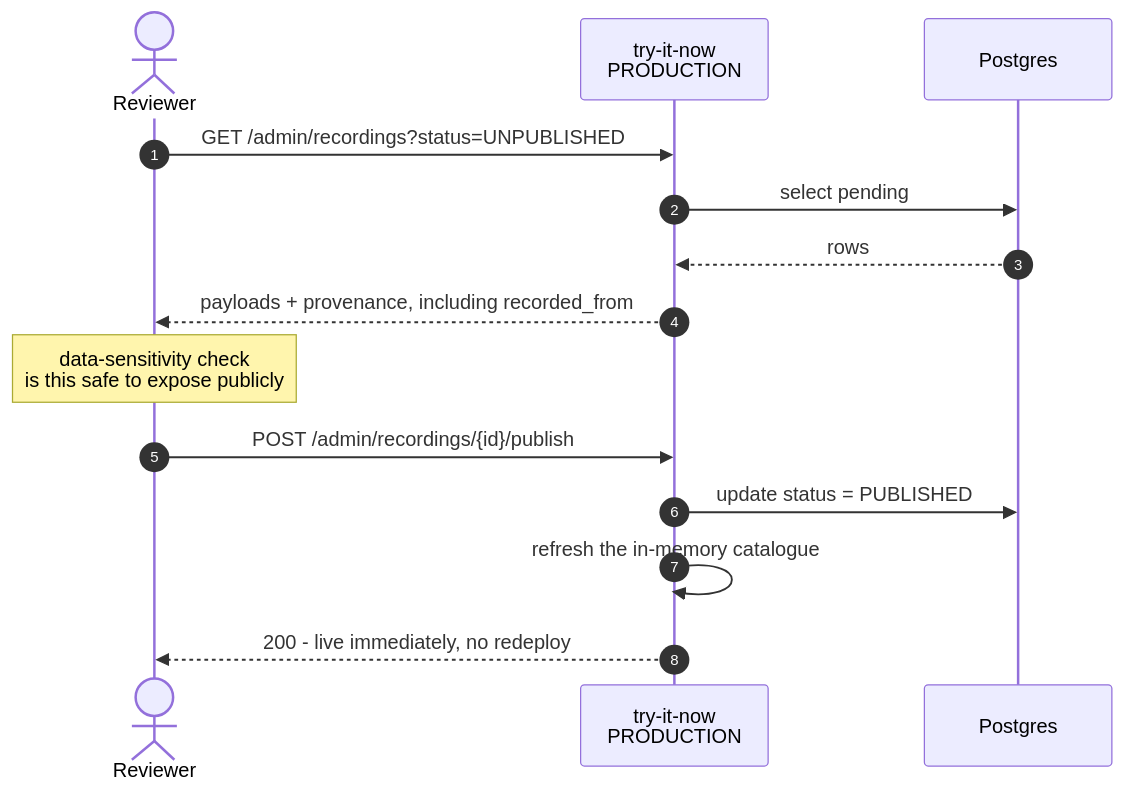
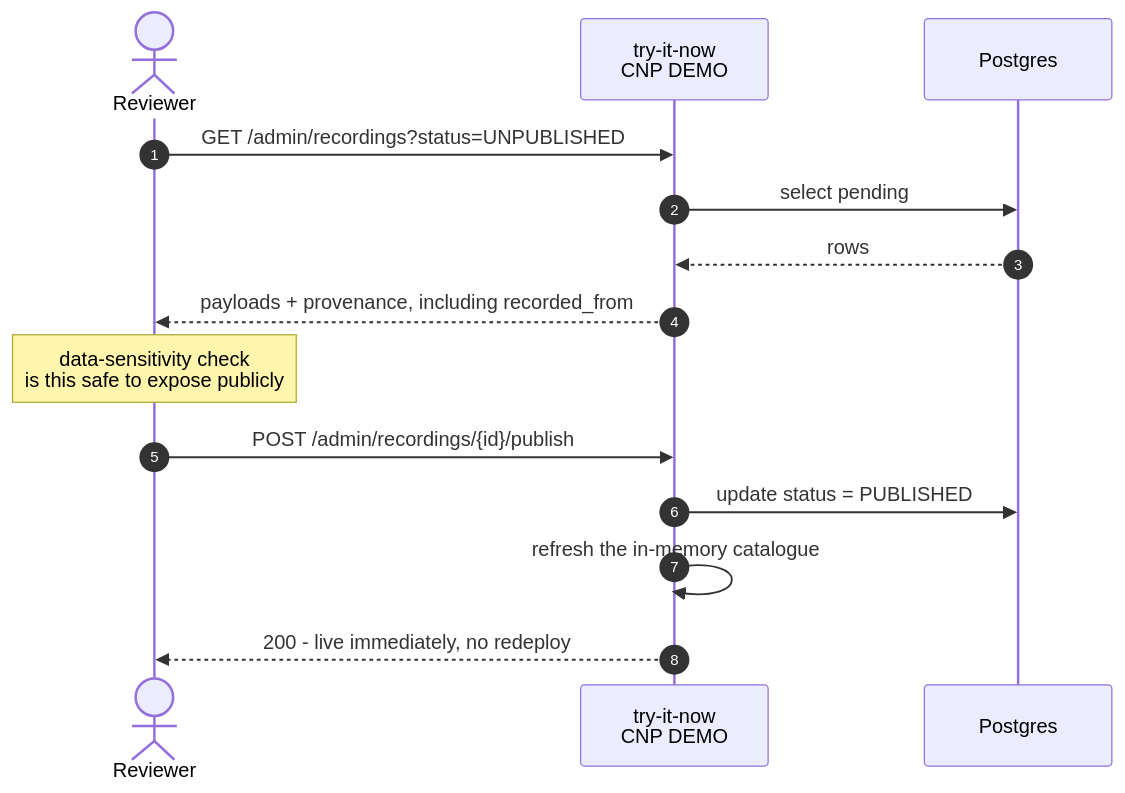
Before and after one commit to hmcts/try-cp-crime-schedulingandlisting-courtschedule: the fourth of 4 diagrams in README.md, drawn with Mermaid. The commit also changed other lines of this file and 3 other files, not shown here.

First line of the commit message:
Demo is the last environment; there is no production deployment

````diff
--- a/README.md
+++ b/README.md
@@ -280,19 +296,19 @@
 ```mermaid
 sequenceDiagram
   autonumber
   actor R as Reviewer
-  participant TIN as try-it-now<br/>PRODUCTION
+  participant TIN as try-it-now<br/>CNP DEMO
   participant DB as Postgres
 
   R->>TIN: GET /admin/recordings?status=UNPUBLISHED
   TIN->>DB: select pending
   DB-->>TIN: rows
   TIN-->>R: payloads + provenance, including recorded_from
 
   Note over R: data-sensitivity check<br/>is this safe to expose publicly
 
   R->>TIN: POST /admin/recordings/{id}/publish
   TIN->>DB: update status = PUBLISHED
   TIN->>TIN: refresh the in-memory catalogue
   TIN-->>R: 200 - live immediately, no redeploy
 ```
````
